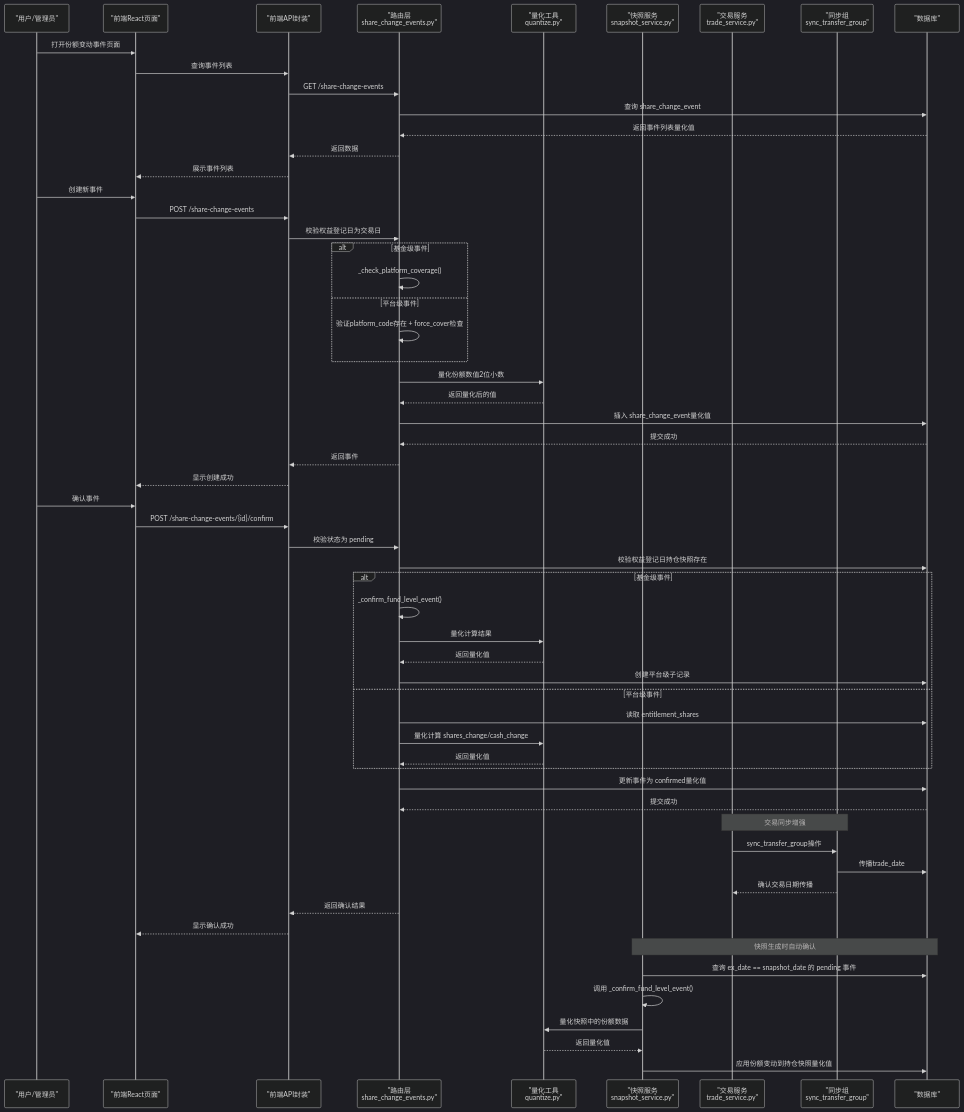
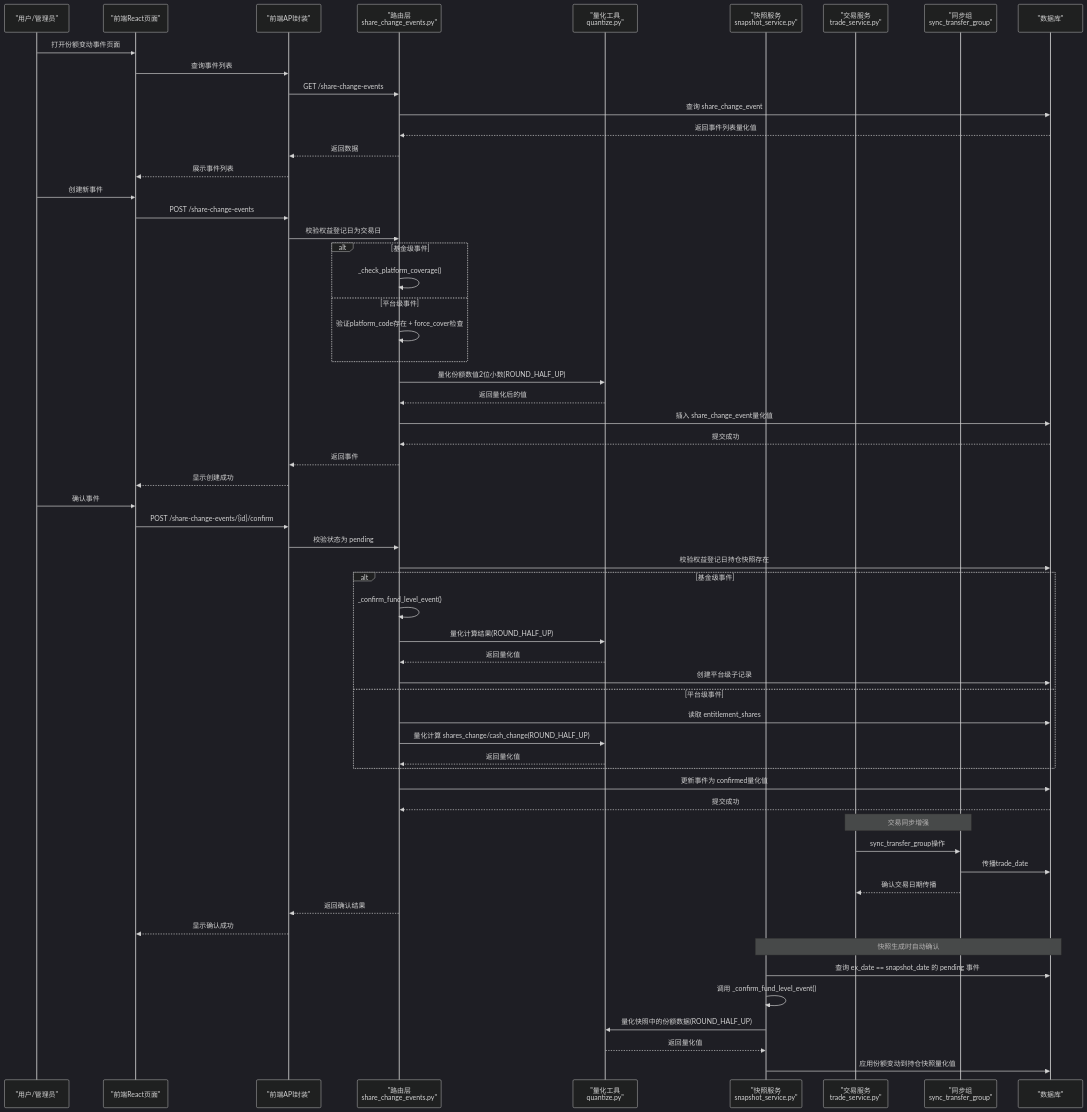
The second of 3 diagrams in .qoder/repowiki/zh/content/核心业务功能/份额变动事件.md (gujialind/InvestRing), drawn with Mermaid (dark theme) before and after one commit. The commit also changed other lines of this file and 32 other files, not shown here.

````diff
--- a/.qoder/repowiki/zh/content/核心业务功能/份额变动事件.md
+++ b/.qoder/repowiki/zh/content/核心业务功能/份额变动事件.md
@@ -94,61 +96,61 @@
 ```mermaid
 sequenceDiagram
 participant U as "用户/管理员"
 participant FE as "前端React页面"
 participant API as "前端API封装"
 participant R as "路由层<br/>share_change_events.py"
 participant Q as "量化工具<br/>quantize.py"
 participant SS as "快照服务<br/>snapshot_service.py"
 participant TS as "交易服务<br/>trade_service.py"
 participant STG as "同步组<br/>sync_transfer_group"
 participant DB as "数据库"
 U->>FE : 打开份额变动事件页面
 FE->>API : 查询事件列表
 API->>R : GET /share-change-events
 R->>DB : 查询 share_change_event
 DB-->>R : 返回事件列表量化值
 R-->>API : 返回数据
 API-->>FE : 展示事件列表
 U->>FE : 创建新事件
 FE->>API : POST /share-change-events
 API->>R : 校验权益登记日为交易日
 alt 基金级事件
 R->>R : _check_platform_coverage()
 else 平台级事件
 R->>R : 验证platform_code存在 + force_cover检查
 end
-R->>Q : 量化份额数值2位小数
+R->>Q : 量化份额数值2位小数(ROUND_HALF_UP)
 Q-->>R : 返回量化后的值
 R->>DB : 插入 share_change_event量化值
 DB-->>R : 提交成功
 R-->>API : 返回事件
 API-->>FE : 显示创建成功
 U->>FE : 确认事件
 FE->>API : POST /share-change-events/{id}/confirm
 API->>R : 校验状态为 pending
 R->>DB : 校验权益登记日持仓快照存在
 alt 基金级事件
 R->>R : _confirm_fund_level_event()
-R->>Q : 量化计算结果
+R->>Q : 量化计算结果(ROUND_HALF_UP)
 Q-->>R : 返回量化值
 R->>DB : 创建平台级子记录
 else 平台级事件
 R->>DB : 读取 entitlement_shares
-R->>Q : 量化计算 shares_change/cash_change
+R->>Q : 量化计算 shares_change/cash_change(ROUND_HALF_UP)
 Q-->>R : 返回量化值
 end
 R->>DB : 更新事件为 confirmed量化值
 DB-->>R : 提交成功
 Note over TS,STG : 交易同步增强
 TS->>STG : sync_transfer_group操作
 STG->>DB : 传播trade_date
 STG-->>TS : 确认交易日期传播
 R-->>API : 返回确认结果
 API-->>FE : 显示确认成功
 Note over SS,DB : 快照生成时自动确认
 SS->>DB : 查询 ex_date == snapshot_date 的 pending 事件
 SS->>SS : 调用 _confirm_fund_level_event()
-SS->>Q : 量化快照中的份额数据
+SS->>Q : 量化快照中的份额数据(ROUND_HALF_UP)
 Q-->>SS : 返回量化值
 SS->>DB : 应用份额变动到持仓快照量化值
 ```
````
